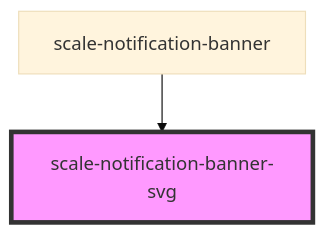
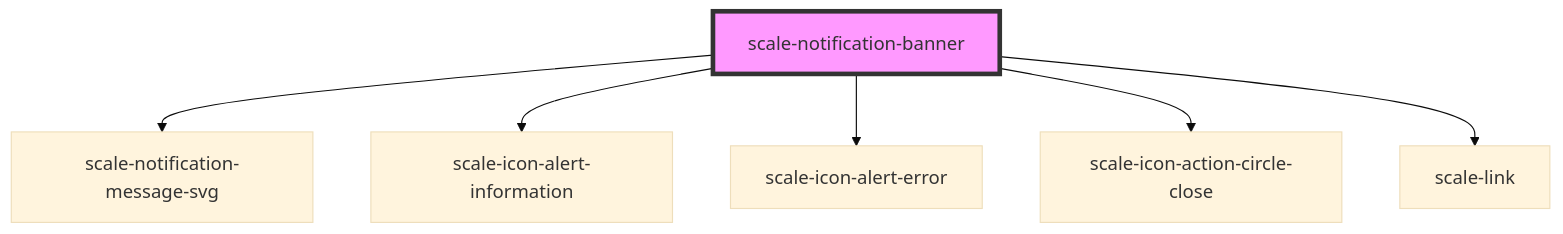
Before and after one commit to telekom/scale: the diagram in packages/components/src/components/notification-banner/readme.md, drawn with Mermaid (base theme). The commit also changed other lines of this file and 1 other file, not shown here.

````diff
--- a/packages/components/src/components/notification-banner/readme.md
+++ b/packages/components/src/components/notification-banner/readme.md
@@ -25,5 +54,9 @@
 ```mermaid
 graph TD;
-  scale-notification-banner --> scale-notification-banner-svg
-  style scale-notification-banner-svg fill:#f9f,stroke:#333,stroke-width:4px
+  scale-notification-banner --> scale-notification-message-svg
+  scale-notification-banner --> scale-icon-alert-information
+  scale-notification-banner --> scale-icon-alert-error
+  scale-notification-banner --> scale-icon-action-circle-close
+  scale-notification-banner --> scale-link
+  style scale-notification-banner fill:#f9f,stroke:#333,stroke-width:4px
 ```
````
